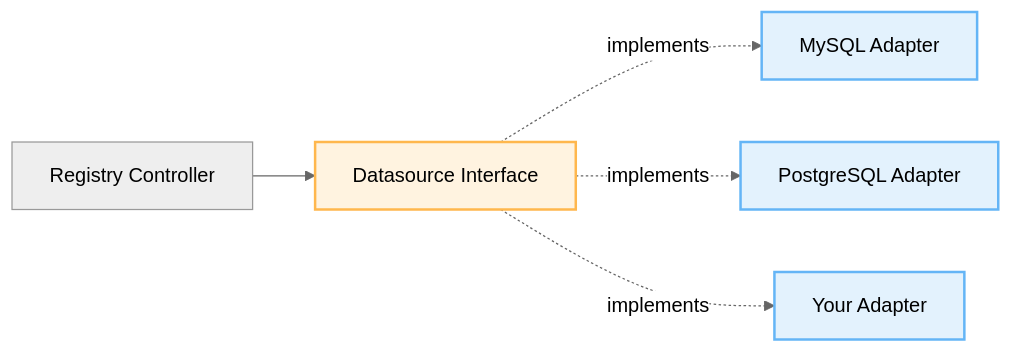
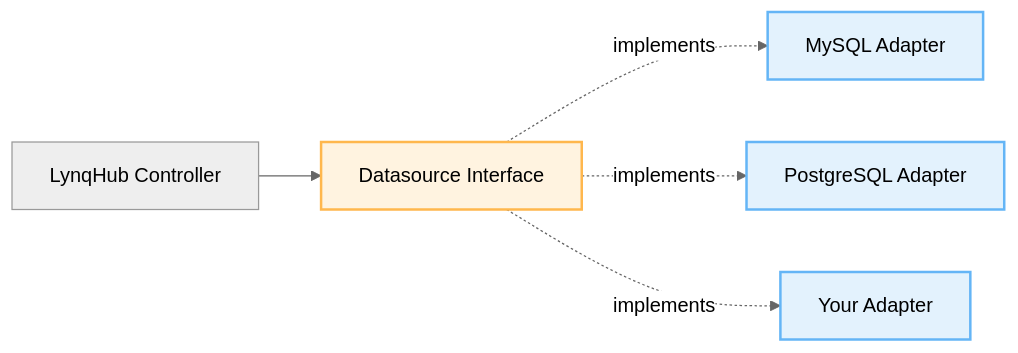
The diagram in docs/contributing-datasource.md (kubernetes-tenants/tenant-operator), drawn with Mermaid (neutral theme) before and after one commit. The commit also changed other lines of this file and 203 other files, not shown here.

````diff
--- a/docs/contributing-datasource.md
+++ b/docs/contributing-datasource.md
@@ -11,18 +11,18 @@
 ```mermaid
 flowchart LR
-    Controller[Registry Controller]
+    Controller[LynqHub Controller]
     Interface[Datasource Interface]
     MySQL[MySQL Adapter]
     Postgres[PostgreSQL Adapter]
     Custom[Your Adapter]
 
     Controller --> Interface
     Interface -.implements.-> MySQL
     Interface -.implements.-> Postgres
     Interface -.implements.-> Custom
 
     classDef interface fill:#fff3e0,stroke:#ffb74d,stroke-width:2px
     classDef adapter fill:#e3f2fd,stroke:#64b5f6,stroke-width:2px
     class Interface interface
     class MySQL,Postgres,Custom adapter
 ```
````
